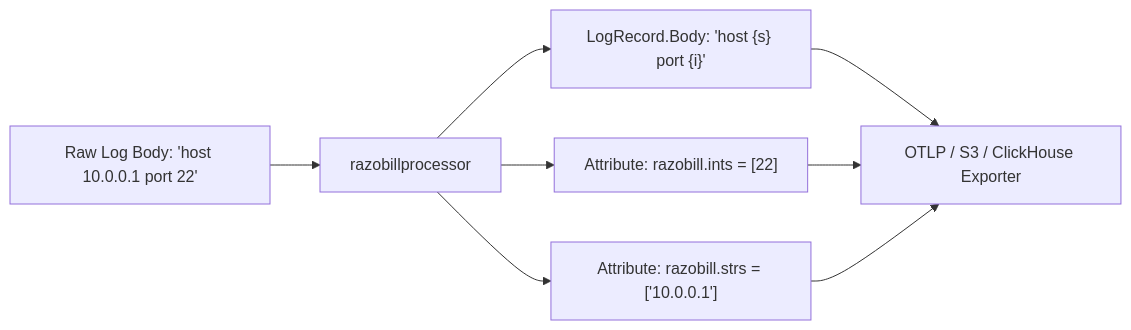
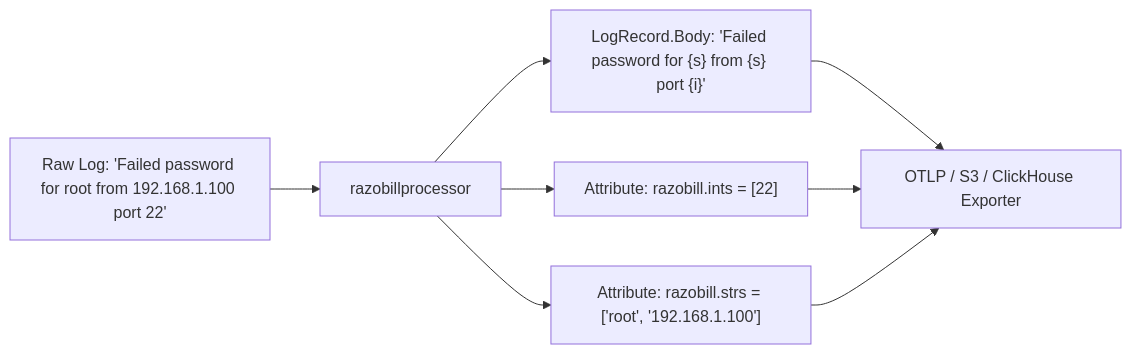
The diagram in docs/how-to/opentelemetry.md (4t1a/razobill), drawn with Mermaid before and after one commit. The commit also changed other lines of this file and 10 other files, not shown here.

````diff
--- a/docs/how-to/opentelemetry.md
+++ b/docs/how-to/opentelemetry.md
@@ -25,8 +28,8 @@
 ```mermaid
 flowchart LR
-    A["Raw Log Body: 'host 10.0.0.1 port 22'"] --> P["razobillprocessor"]
-    P --> B["LogRecord.Body: 'host {s} port {i}'"]
+    A["Raw Log: 'Failed password for root from 192.168.1.100 port 22'"] --> P["razobillprocessor"]
+    P --> B["LogRecord.Body: 'Failed password for {s} from {s} port {i}'"]
     P --> C["Attribute: razobill.ints = [22]"]
-    P --> D["Attribute: razobill.strs = ['10.0.0.1']"]
+    P --> D["Attribute: razobill.strs = ['root', '192.168.1.100']"]
     B & C & D --> E["OTLP / S3 / ClickHouse Exporter"]
 ```
````
